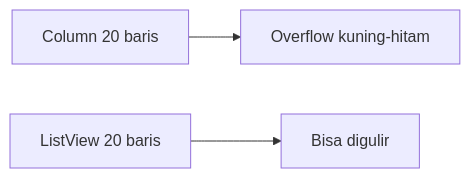
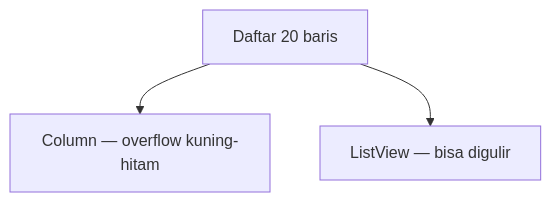
One commit to antonprafanto/mobile2026 changed the fifth of 5 diagrams in modul-02-ui/README.md. Above: the diagram before and after it, drawn with Mermaid. The commit also changed other lines of this file and 4 other files, not shown here.

````diff
--- a/modul-02-ui/README.md
+++ b/modul-02-ui/README.md
@@ -294,5 +301,6 @@
 ```mermaid
-flowchart LR
-  Rusak["Column 20 baris"] --> Kuning["Overflow kuning-hitam"]
-  Baik["ListView 20 baris"] --> Muat["Bisa digulir"]
+flowchart TB
+  Pilih2["Daftar 20 baris"]
+  Pilih2 --> Rusak["Column — overflow kuning-hitam"]
+  Pilih2 --> Baik["ListView — bisa digulir"]
 ```
````
